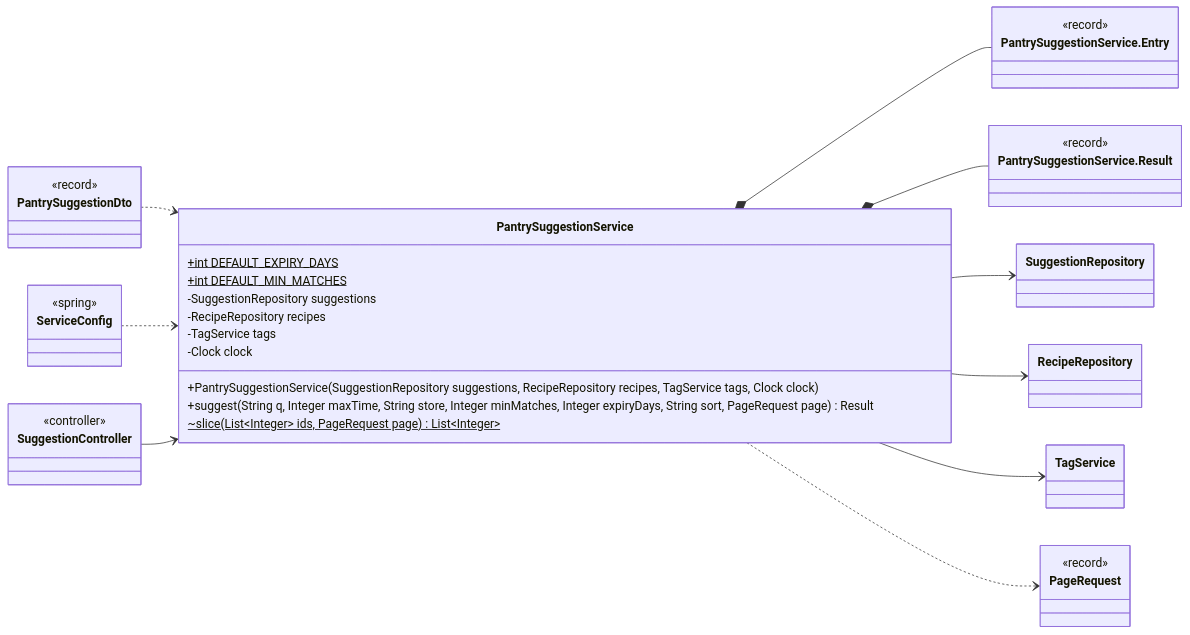
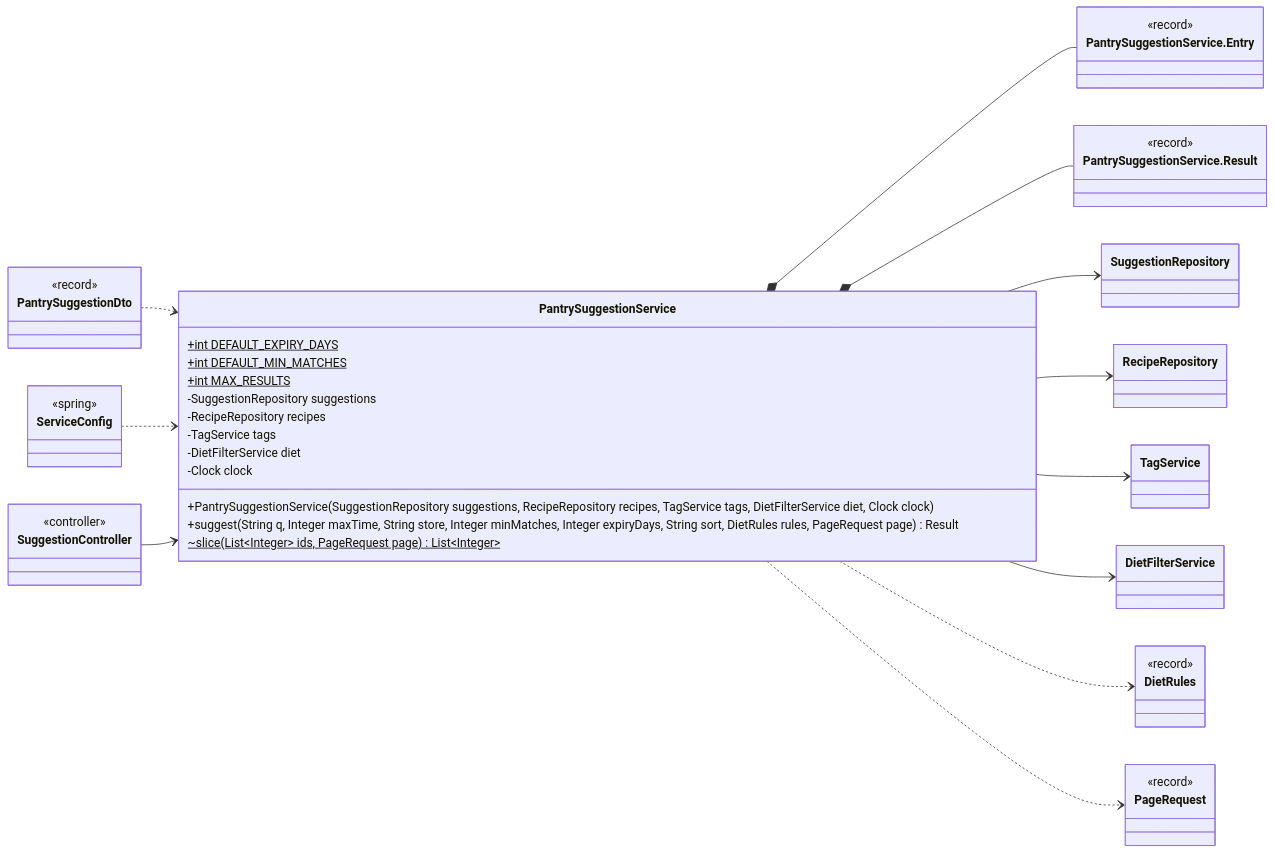
The eighth of 13 diagrams in docs/classes/suggestions.md (Nate-ryan-7690/dahaem), drawn with Mermaid before and after one commit. The commit also changed other lines of this file and 16 other files, not shown here.

Commit message:
Pantry suggestions: apply the household's diet rules, treat expired stock as not usable, cap the list at 200

````diff
--- a/docs/classes/suggestions.md
+++ b/docs/classes/suggestions.md
@@ -347,45 +352,53 @@
 ```mermaid
 classDiagram
     direction LR
     class suggestions_PantrySuggestionService["PantrySuggestionService"] {
         +int DEFAULT_EXPIRY_DAYS$
         +int DEFAULT_MIN_MATCHES$
+        +int MAX_RESULTS$
         -SuggestionRepository suggestions
         -RecipeRepository recipes
         -TagService tags
+        -DietFilterService diet
         -Clock clock
-        +PantrySuggestionService(SuggestionRepository suggestions, RecipeRepository recipes, TagService tags, Clock clock)
-        +suggest(String q, Integer maxTime, String store, Integer minMatches, Integer expiryDays, String sort, PageRequest page) Result
+        +PantrySuggestionService(SuggestionRepository suggestions, RecipeRepository recipes, TagService tags, DietFilterService diet, Clock clock)
+        +suggest(String q, Integer maxTime, String store, Integer minMatches, Integer expiryDays, String sort, DietRules rules, PageRequest page) Result
         ~slice(List~Integer~ ids, PageRequest page) List~Integer~$
     }
     class suggestions_PantrySuggestionService_Entry["PantrySuggestionService.Entry"] {
         <<record>>
     }
     class suggestions_PantrySuggestionService_Result["PantrySuggestionService.Result"] {
         <<record>>
     }
     class suggestions_SuggestionRepository["SuggestionRepository"]
     class mealplanner_RecipeRepository["RecipeRepository"]
     class tags_TagService["TagService"]
+    class diet_DietFilterService["DietFilterService"]
     class api_SuggestionController["SuggestionController"] {
         <<controller>>
+    }
+    class diet_DietRules["DietRules"] {
+        <<record>>
     }
     class shared_PageRequest["PageRequest"] {
         <<record>>
     }
     class api_PantrySuggestionDto["PantrySuggestionDto"] {
         <<record>>
     }
     class api_ServiceConfig["ServiceConfig"] {
         <<spring>>
     }
     suggestions_PantrySuggestionService *-- suggestions_PantrySuggestionService_Entry
     suggestions_PantrySuggestionService *-- suggestions_PantrySuggestionService_Result
     suggestions_PantrySuggestionService --> suggestions_SuggestionRepository
     suggestions_PantrySuggestionService --> mealplanner_RecipeRepository
     suggestions_PantrySuggestionService --> tags_TagService
+    suggestions_PantrySuggestionService --> diet_DietFilterService
+    suggestions_PantrySuggestionService ..> diet_DietRules
     suggestions_PantrySuggestionService ..> shared_PageRequest
     api_PantrySuggestionDto ..> suggestions_PantrySuggestionService
     api_ServiceConfig ..> suggestions_PantrySuggestionService
     api_SuggestionController --> suggestions_PantrySuggestionService
 ```
````
